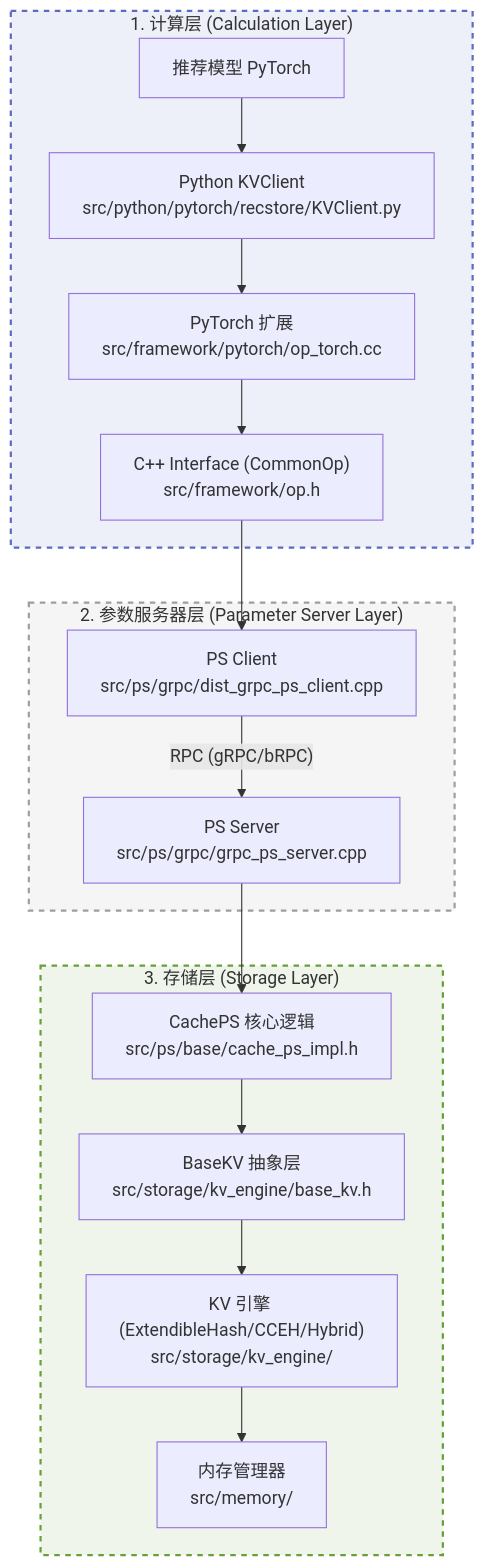
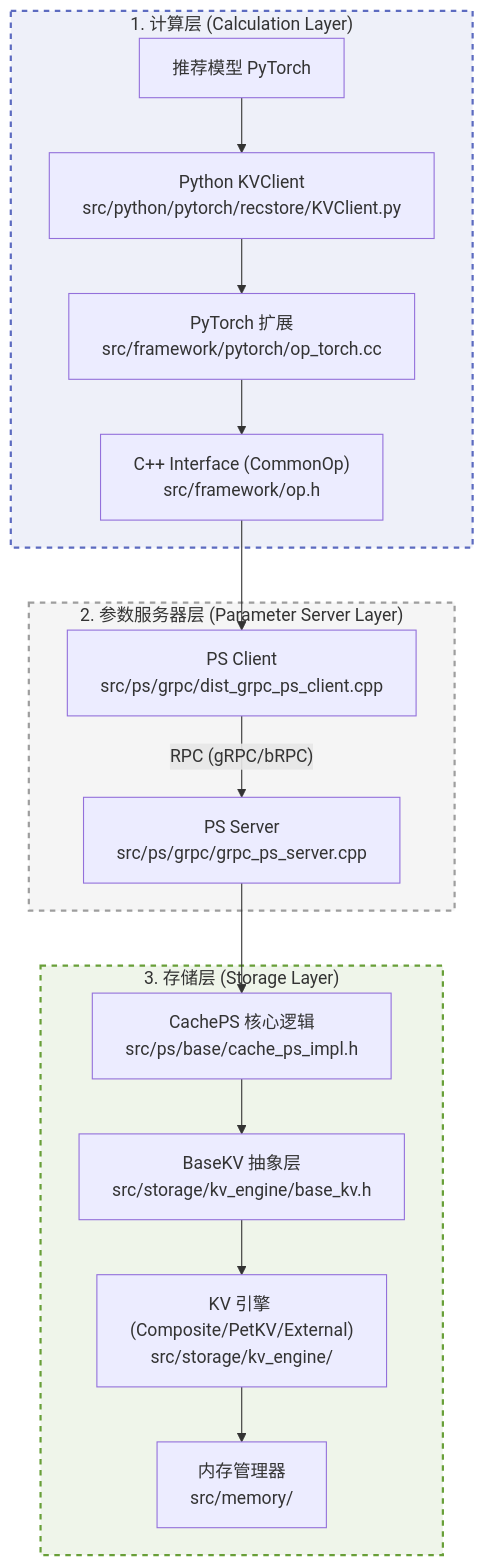
Before and after one commit to xhyf77/RecStore: the diagram in docs/architecture/overview.md, drawn with Mermaid. The commit also changed 13 other files, not shown here.

````diff
--- a/docs/architecture/overview.md
+++ b/docs/architecture/overview.md
@@ -7,24 +7,24 @@
 ```mermaid
 graph TD
     subgraph Calculation ["1. 计算层 (Calculation Layer)"]
         Model[推荐模型 PyTorch] --> KVClient["Python KVClient<br/>src/python/pytorch/recstore/KVClient.py"]
         KVClient --> TorchBinding["PyTorch 扩展<br/>src/framework/pytorch/op_torch.cc"]
         TorchBinding --> CommonOp["C++ Interface (CommonOp)<br/>src/framework/op.h"]
     end
 
     subgraph PS ["2. 参数服务器层 (Parameter Server Layer)"]
         CommonOp --> PSClient["PS Client<br/>src/ps/grpc/dist_grpc_ps_client.cpp"]
         PSClient -- "RPC (gRPC/bRPC)" --> PSServer["PS Server<br/>src/ps/grpc/grpc_ps_server.cpp"]
     end
 
     subgraph Storage ["3. 存储层 (Storage Layer)"]
         PSServer --> CachePS["CachePS 核心逻辑<br/>src/ps/base/cache_ps_impl.h"]
         CachePS --> BaseKV["BaseKV 抽象层<br/>src/storage/kv_engine/base_kv.h"]
-        BaseKV --> KVEngine["KV 引擎 (ExtendibleHash/CCEH/Hybrid)<br/>src/storage/kv_engine/"]
+        BaseKV --> KVEngine["KV 引擎 (Composite/PetKV/External)<br/>src/storage/kv_engine/"]
         KVEngine --> MemMgr["内存管理器<br/>src/memory/"]
     end
 
     style Calculation fill:#5c6bc01a,stroke:#5c6bc0,stroke-width:2px,stroke-dasharray: 5 5
     style PS fill:#9e9e9e1a,stroke:#9e9e9e,stroke-width:2px,stroke-dasharray: 5 5
     style Storage fill:#689f381a,stroke:#689f38,stroke-width:2px,stroke-dasharray: 5 5
 ```
````
